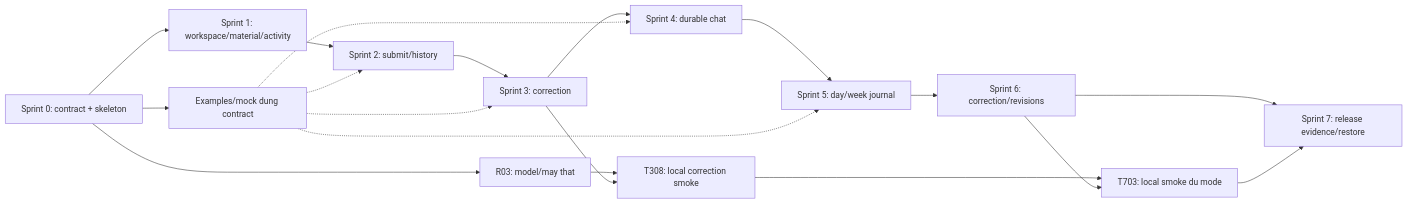
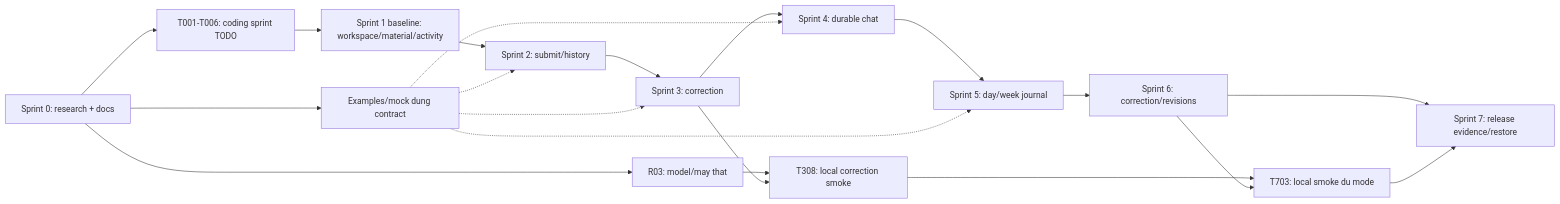
Before and after one commit to chkiet253/StudyCraft: the diagram in docs/planning/implementation-roadmap.md, drawn with Mermaid. The commit also changed other lines of this file and 8 other files, not shown here.

````diff
--- a/docs/planning/implementation-roadmap.md
+++ b/docs/planning/implementation-roadmap.md
@@ -276,21 +291,22 @@
 ```mermaid
 flowchart LR
-  S0["Sprint 0: contract + skeleton"] --> S1["Sprint 1: workspace/material/activity"]
+  S0["Sprint 0: research + docs"] --> F0["T001-T006: coding sprint TODO"]
+  F0 --> S1["Sprint 1 baseline: workspace/material/activity"]
   S1 --> S2["Sprint 2: submit/history"]
   S2 --> S3["Sprint 3: correction"]
   S3 --> S4["Sprint 4: durable chat"]
   S4 --> S5["Sprint 5: day/week journal"]
   S5 --> S6["Sprint 6: correction/revisions"]
   S6 --> S7["Sprint 7: release evidence/restore"]
   S0 --> R3["R03: model/may that"]
   R3 --> L3["T308: local correction smoke"]
   S3 --> L3
   L3 --> L7["T703: local smoke du mode"]
   S6 --> L7
   L7 --> S7
   S0 --> MOCK["Examples/mock dung contract"]
   MOCK -.-> S2
   MOCK -.-> S3
   MOCK -.-> S4
   MOCK -.-> S5
 ```
````
